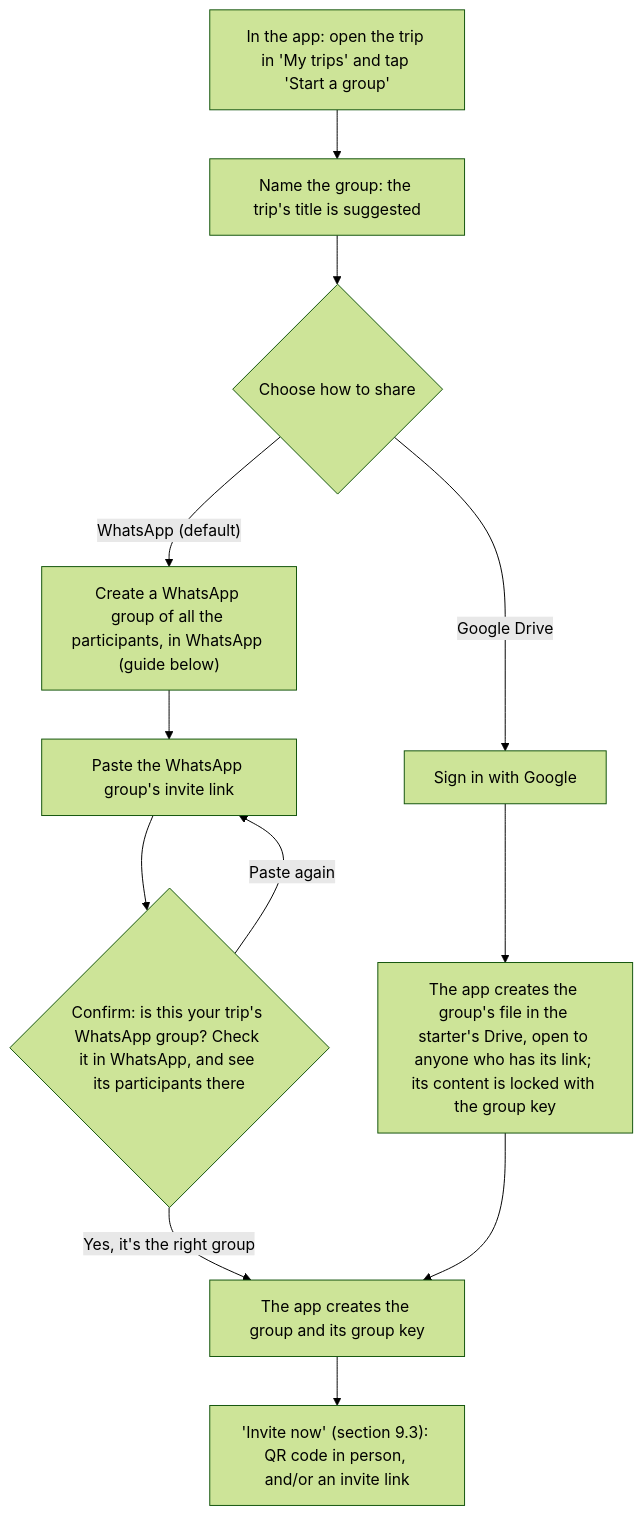
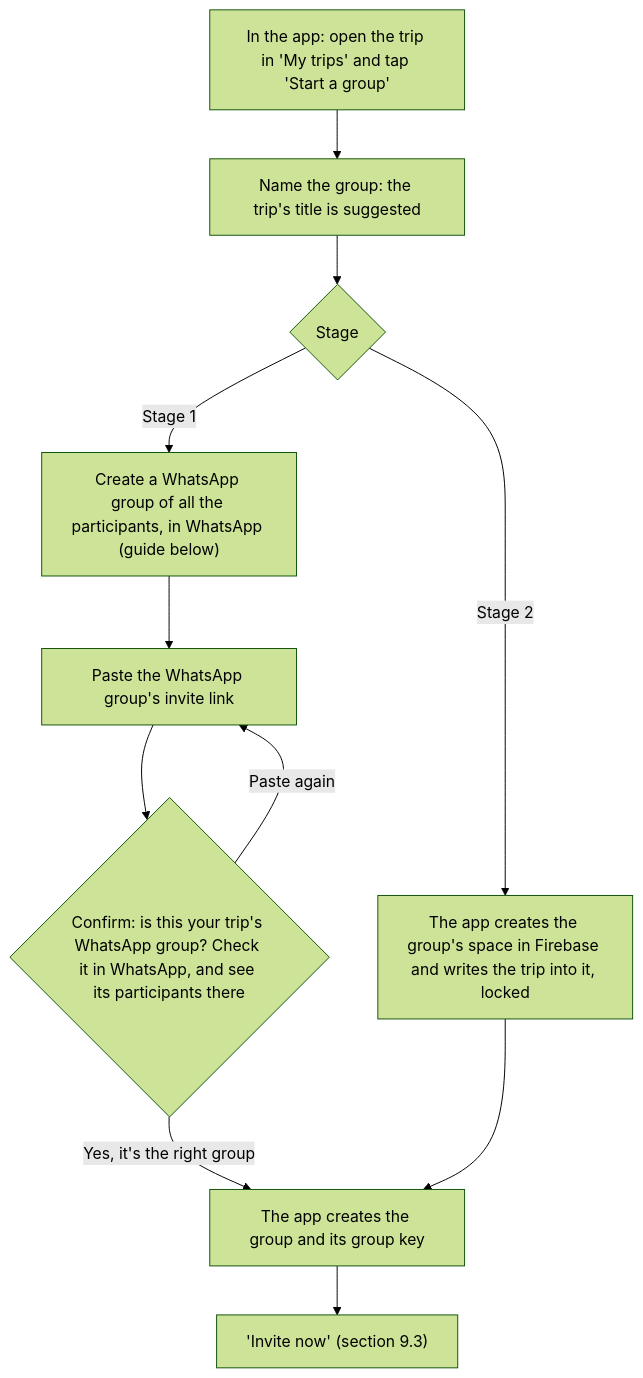
Before and after one commit to projects-rs/trip-map: the first of 3 diagrams in docs/DESIGN.md, drawn with Mermaid (forest theme). The commit also changed other lines of this file, not shown here.

````diff
--- a/docs/DESIGN.md
+++ b/docs/DESIGN.md
@@ -891,14 +905,13 @@
 ```mermaid
 flowchart TD
     A["In the app: open the trip in 'My trips' and tap 'Start a group'"] --> B["Name the group: the trip's title is suggested"]
-    B --> C{"Choose how to share"}
-    C -->|"WhatsApp (default)"| W1["Create a WhatsApp group of all the participants, in WhatsApp (guide below)"]
+    B --> S{"Stage"}
+    S -->|"Stage 1"| W1["Create a WhatsApp group of all the participants, in WhatsApp (guide below)"]
     W1 --> W2["Paste the WhatsApp group's invite link"]
     W2 --> W3{"Confirm: is this your trip's WhatsApp group? Check it in WhatsApp, and see its participants there"}
     W3 -->|"Paste again"| W2
     W3 -->|"Yes, it's the right group"| E["The app creates the group and its group key"]
-    C -->|"Google Drive"| D1["Sign in with Google"]
-    D1 --> D2["The app creates the group's file in the starter's Drive, open to anyone who has its link; its content is locked with the group key"]
-    D2 --> E
-    E --> F["'Invite now' (section 9.3): QR code in person, and/or an invite link"]
+    S -->|"Stage 2"| F1["The app creates the group's space in Firebase and writes the trip into it, locked"]
+    F1 --> E
+    E --> F["'Invite now' (section 9.3)"]
 ```
````
